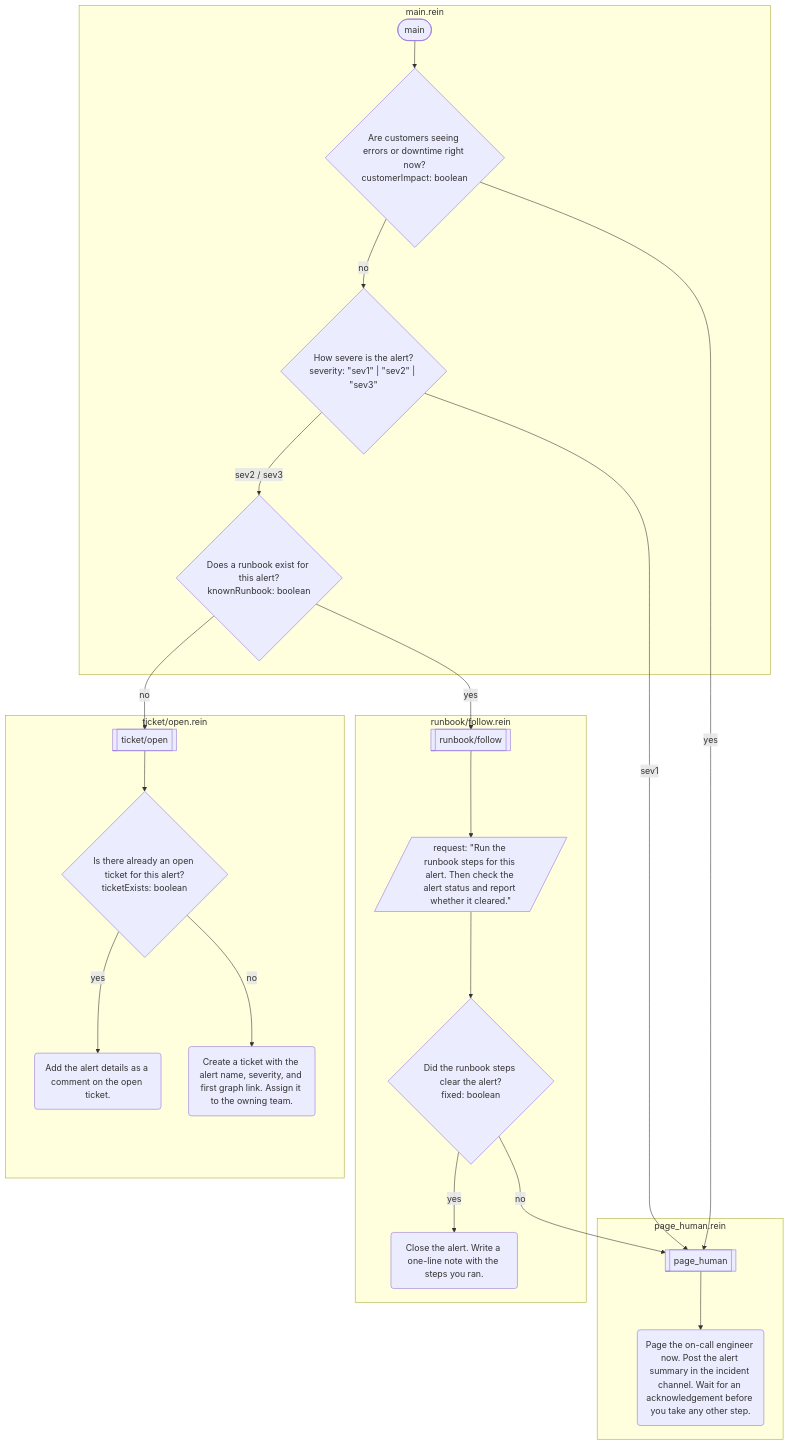
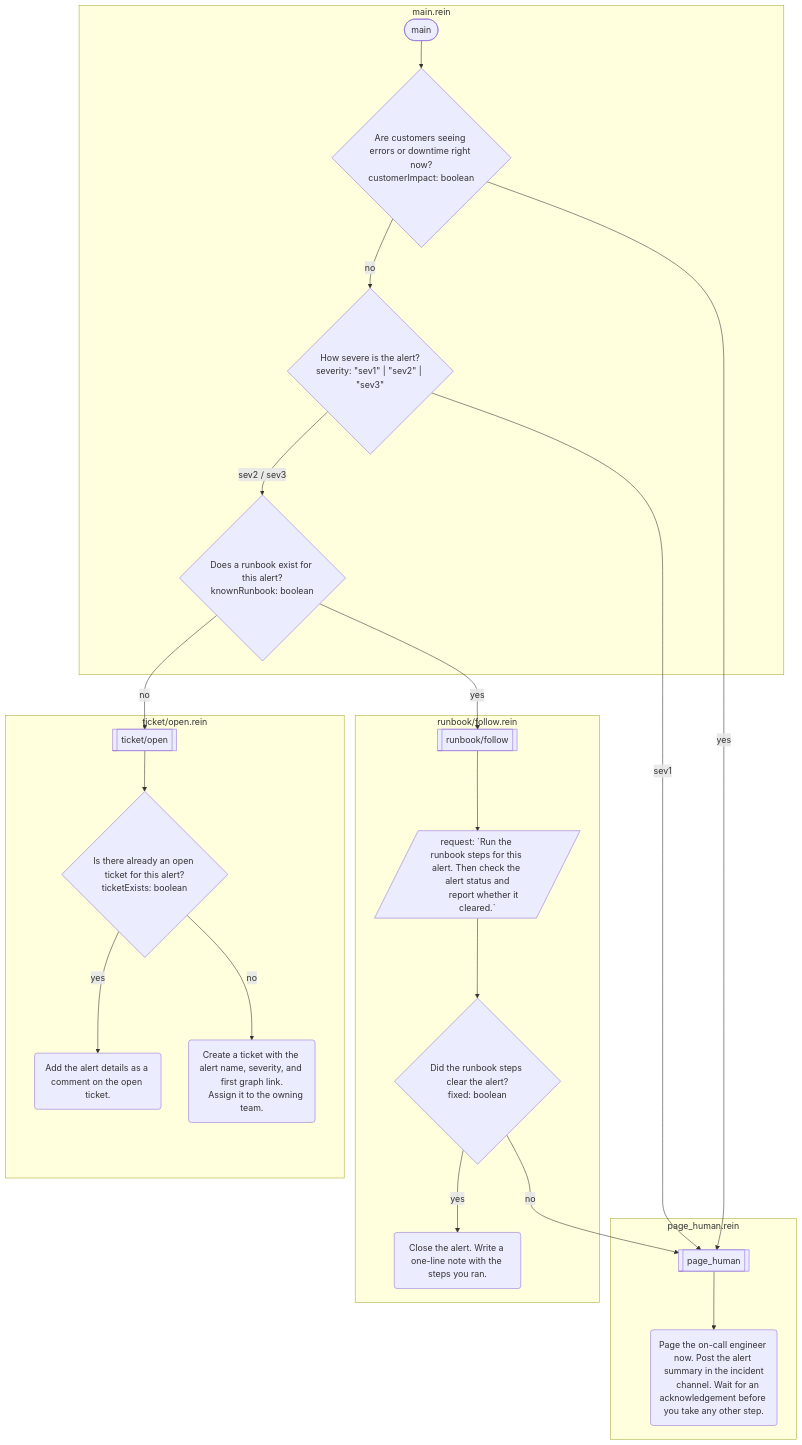
One commit to rein-lang/rein changed the diagram in website/docs/examples/incident-triage.md. Above: the diagram before and after it, drawn with Mermaid. The commit also changed 34 other files, not shown here.

````diff
--- a/website/docs/examples/incident-triage.md
+++ b/website/docs/examples/incident-triage.md
@@ -11,40 +11,40 @@
 ```mermaid
 flowchart TD
     subgraph s0 ["main.rein"]
         f0(["main"])
         f0_0{"Are customers seeing errors or downtime right now?<br/>customerImpact: boolean"}
         f0_1{"How severe is the alert?<br/>severity: #quot;sev1#quot; | #quot;sev2#quot; | #quot;sev3#quot;"}
         f0_2{"Does a runbook exist for this alert?<br/>knownRunbook: boolean"}
     end
     subgraph s1 ["page_human.rein"]
         f1[["page_human"]]
-        f1_0("Page the on-call engineer now. Post the alert summary in the incident channel. Wait for an acknowledgement before you take any other step.")
+        f1_0("Page the on-call engineer now. Post the alert summary in the incident<br/>    channel. Wait for an acknowledgement before you take any other step.")
     end
     subgraph s2 ["runbook/follow.rein"]
         f2[["runbook/follow"]]
-        f2_0[/"request: #quot;Run the runbook steps for this alert. Then check the alert status and report whether it cleared.#quot;"/]
+        f2_0[/"request: #96;Run the runbook steps for this alert. Then check the alert status and<br/>      report whether it cleared.#96;"/]
         f2_1{"Did the runbook steps clear the alert?<br/>fixed: boolean"}
         f2_2("Close the alert. Write a one-line note with the steps you ran.")
     end
     subgraph s3 ["ticket/open.rein"]
         f3[["ticket/open"]]
         f3_0{"Is there already an open ticket for this alert?<br/>ticketExists: boolean"}
         f3_1("Add the alert details as a comment on the open ticket.")
-        f3_2("Create a ticket with the alert name, severity, and first graph link. Assign it to the owning team.")
+        f3_2("Create a ticket with the alert name, severity, and first graph link.<br/>    Assign it to the owning team.")
     end
     f0 --> f0_0
     f0_0 -->|"yes"| f1
     f0_0 -->|"no"| f0_1
     f0_1 -->|"sev1"| f1
     f0_1 -->|"sev2 / sev3"| f0_2
     f0_2 -->|"yes"| f2
     f0_2 -->|"no"| f3
     f1 --> f1_0
     f2 --> f2_0
     f2_0 --> f2_1
     f2_1 -->|"yes"| f2_2
     f2_1 -->|"no"| f1
     f3 --> f3_0
     f3_0 -->|"yes"| f3_1
     f3_0 -->|"no"| f3_2
 ```
````
